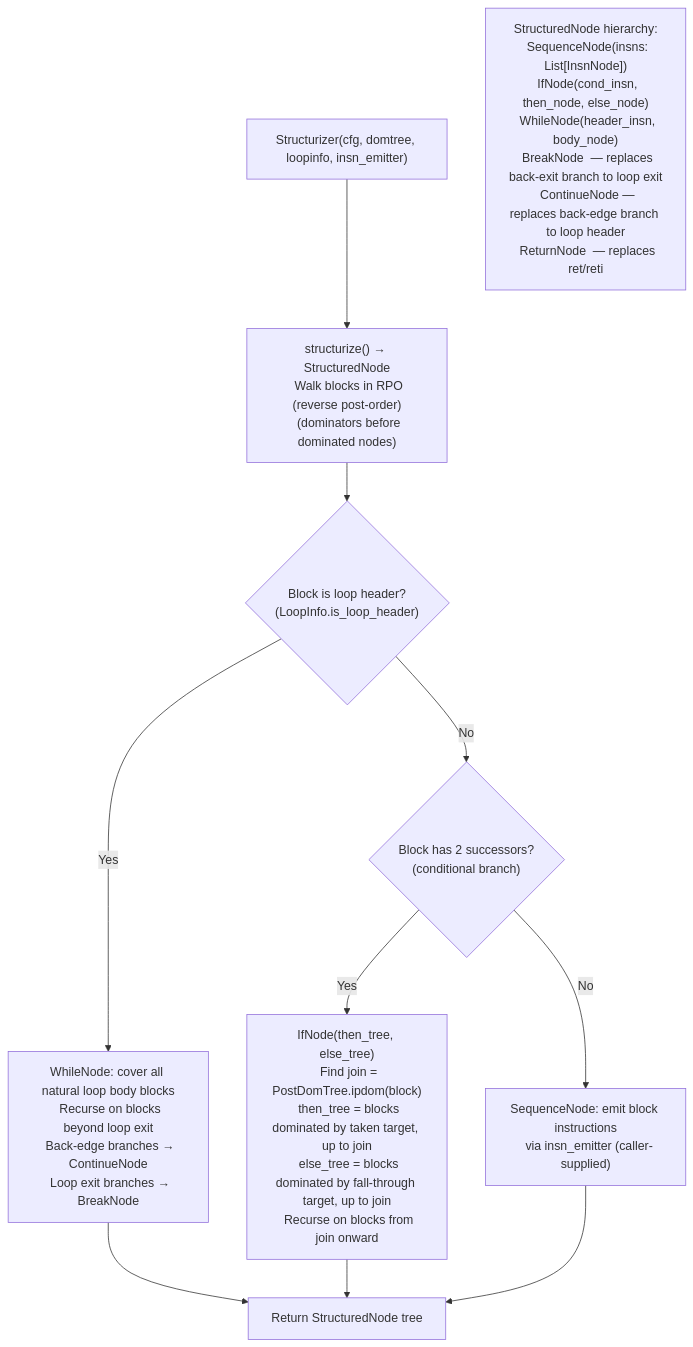
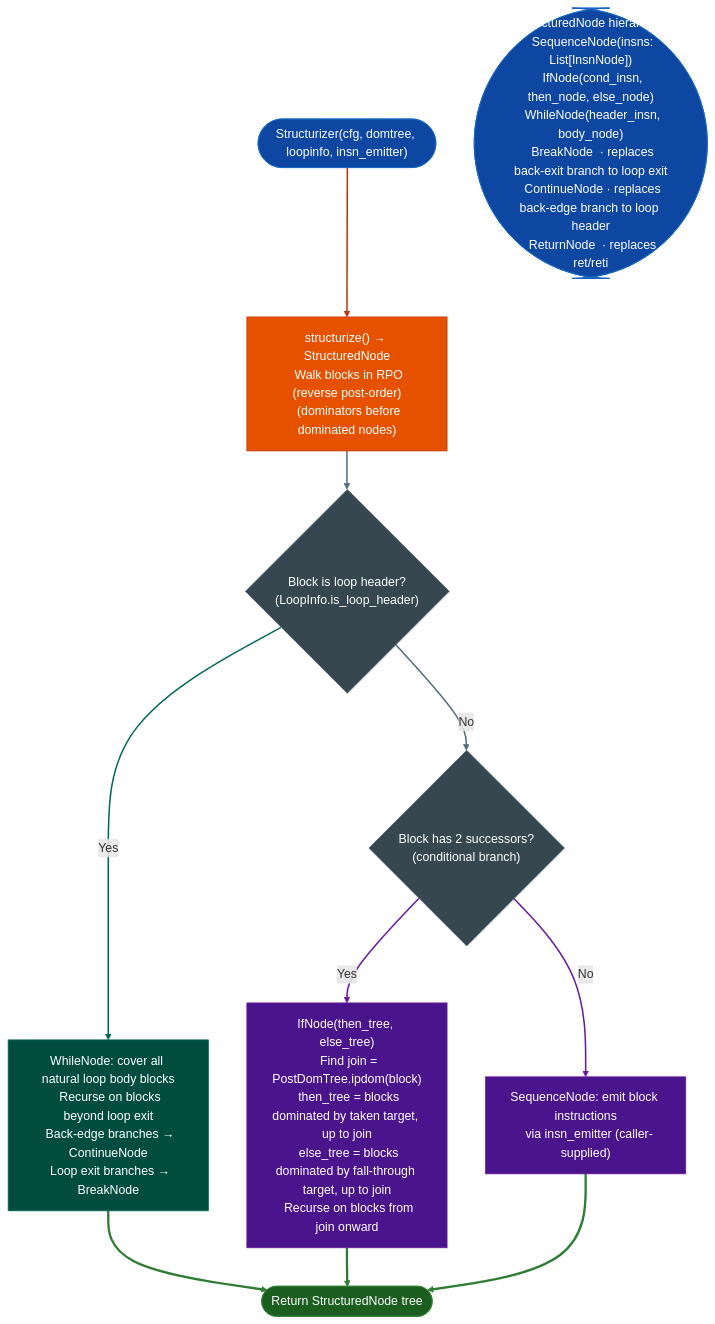
Before and after one commit to Ablation-Tool/ablation: the diagram in docs/reference-modules/structured-control-flow-recovery.md, drawn with Mermaid. The commit also changed 320 other files, not shown here.

First line of the commit message:
docs: apply canonical Mermaid template to all 321 diagrams

````diff
--- a/docs/reference-modules/structured-control-flow-recovery.md
+++ b/docs/reference-modules/structured-control-flow-recovery.md
@@ -19,14 +19,29 @@
 ```mermaid
 flowchart TD
-    A["Structurizer(cfg, domtree, loopinfo, insn_emitter)"] --> B["structurize() → StructuredNode\n  Walk blocks in RPO (reverse post-order)\n  (dominators before dominated nodes)"]
-    B --> C{"Block is loop header?\n(LoopInfo.is_loop_header)"}
-    C -->|Yes| D["WhileNode: cover all natural loop body blocks\n  Recurse on blocks beyond loop exit\n  Back-edge branches → ContinueNode\n  Loop exit branches → BreakNode"]
-    C -->|No| E{"Block has 2 successors?\n(conditional branch)"}
-    E -->|Yes| F["IfNode(then_tree, else_tree)\n  Find join = PostDomTree.ipdom(block)\n  then_tree = blocks dominated by taken target, up to join\n  else_tree = blocks dominated by fall-through target, up to join\n  Recurse on blocks from join onward"]
-    E -->|No| G["SequenceNode: emit block instructions\n  via insn_emitter (caller-supplied)"]
-    D --> H["Return StructuredNode tree"]
-    F --> H
-    G --> H
+    A(["Structurizer(cfg, domtree, loopinfo, insn_emitter)"]):::input --> B["structurize() → StructuredNode\n  Walk blocks in RPO (reverse post-order)\n  (dominators before dominated nodes)"]:::primary
+    B:::primary --> C{"Block is loop header?\n(LoopInfo.is_loop_header)"}:::neutral
+    C:::neutral -->|Yes| D["WhileNode: cover all natural loop body blocks\n  Recurse on blocks beyond loop exit\n  Back-edge branches → ContinueNode\n  Loop exit branches → BreakNode"]:::secondary
+    C:::neutral -->|No| E{"Block has 2 successors?\n(conditional branch)"}:::neutral
+    E:::neutral -->|Yes| F["IfNode(then_tree, else_tree)\n  Find join = PostDomTree.ipdom(block)\n  then_tree = blocks dominated by taken target, up to join\n  else_tree = blocks dominated by fall-through target, up to join\n  Recurse on blocks from join onward"]:::tertiary
+    E:::neutral -->|No| G["SequenceNode: emit block instructions\n  via insn_emitter (caller-supplied)"]:::tertiary
+    D:::secondary --> H(["Return StructuredNode tree"]):::output
+    F:::tertiary --> H:::output
+    G:::tertiary --> H:::output
 
-    I["StructuredNode hierarchy:\n  SequenceNode(insns: List[InsnNode])\n  IfNode(cond_insn, then_node, else_node)\n  WhileNode(header_insn, body_node)\n  BreakNode  — replaces back-exit branch to loop exit\n  ContinueNode — replaces back-edge branch to loop header\n  ReturnNode  — replaces ret/reti"]
+    I(["StructuredNode hierarchy:\n  SequenceNode(insns: List[InsnNode])\n  IfNode(cond_insn, then_node, else_node)\n  WhileNode(header_insn, body_node)\n  BreakNode  · replaces back-exit branch to loop exit\n  ContinueNode · replaces back-edge branch to loop header\n  ReturnNode  · replaces ret/reti"]):::input
+    classDef input     fill:#0d47a1,stroke:#1565c0,color:#fff
+    classDef primary   fill:#e65100,stroke:#bf360c,color:#fff
+    classDef secondary fill:#004d40,stroke:#00695c,color:#fff
+    classDef tertiary  fill:#4a148c,stroke:#6a1b9a,color:#fff
+    classDef neutral   fill:#37474f,stroke:#546e7a,color:#fff
+    classDef output    fill:#1b5e20,stroke:#2e7d32,color:#fff
+    linkStyle 0 stroke:#bf360c,stroke-width:2px
+    linkStyle 1 stroke:#546e7a,stroke-width:2px
+    linkStyle 2 stroke:#00695c,stroke-width:2px
+    linkStyle 3 stroke:#546e7a,stroke-width:2px
+    linkStyle 4 stroke:#6a1b9a,stroke-width:2px
+    linkStyle 5 stroke:#6a1b9a,stroke-width:2px
+    linkStyle 6 stroke:#2e7d32,stroke-width:3px
+    linkStyle 7 stroke:#2e7d32,stroke-width:3px
+    linkStyle 8 stroke:#2e7d32,stroke-width:3px
 ```
````
